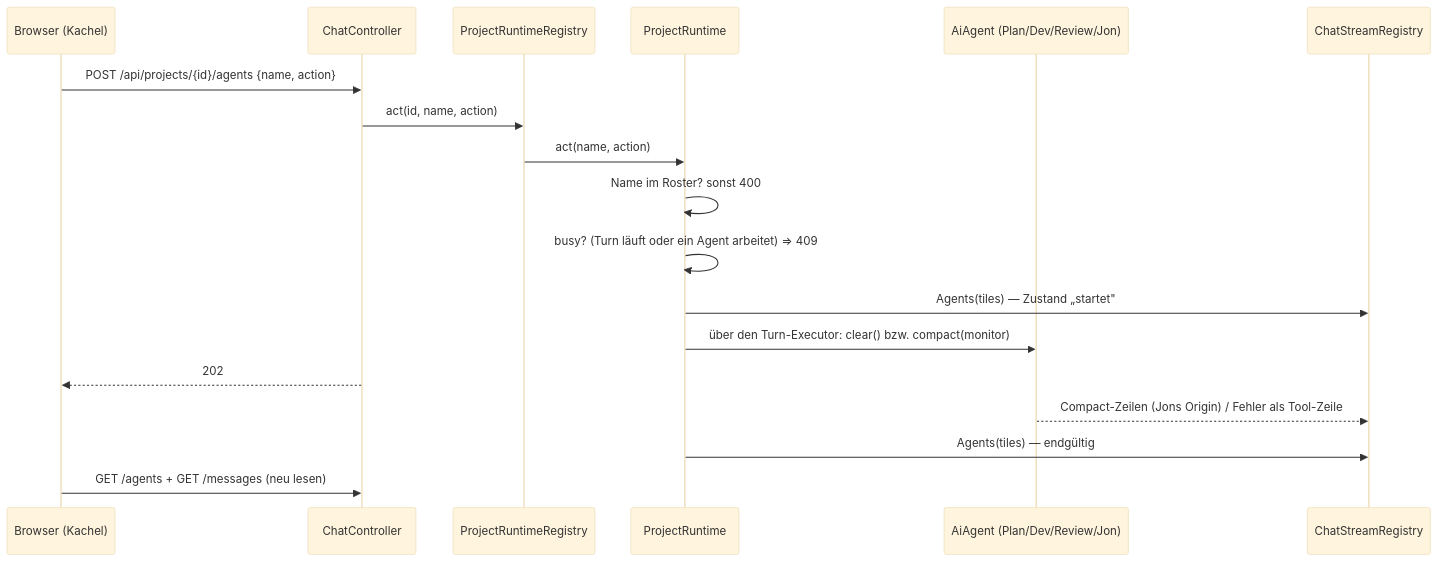
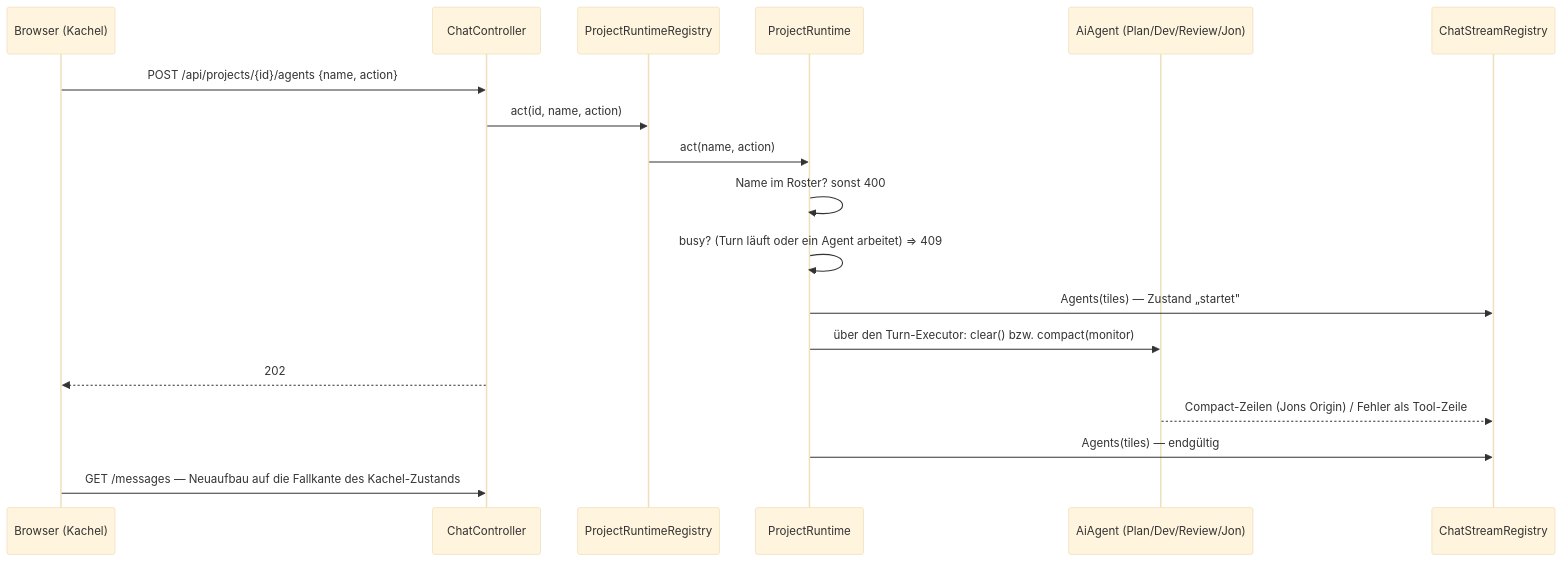
Before and after one commit to sterlp/eclipse-peon-ai: the fifth of 7 diagrams in aifactory/docs/aifactory-architektur.md, drawn with Mermaid (base theme). The commit also changed other lines of this file and 10 other files, not shown here.

````diff
--- a/aifactory/docs/aifactory-architektur.md
+++ b/aifactory/docs/aifactory-architektur.md
@@ -154,20 +157,20 @@
 ```mermaid
 sequenceDiagram
   participant U as Browser (Kachel)
   participant C as ChatController
   participant R as ProjectRuntimeRegistry
   participant P as ProjectRuntime
   participant A as AiAgent (Plan/Dev/Review/Jon)
   participant S as ChatStreamRegistry
   U->>C: POST /api/projects/{id}/agents {name, action}
   C->>R: act(id, name, action)
   R->>P: act(name, action)
   P->>P: Name im Roster? sonst 400
   P->>P: busy? (Turn läuft oder ein Agent arbeitet) ⇒ 409
   P->>S: Agents(tiles) — Zustand „startet"
   P->>A: über den Turn-Executor: clear() bzw. compact(monitor)
   C-->>U: 202
   A-->>S: Compact-Zeilen (Jons Origin) / Fehler als Tool-Zeile
   P->>S: Agents(tiles) — endgültig
-  U->>C: GET /agents + GET /messages (neu lesen)
+  U->>C: GET /messages — Neuaufbau auf die Fallkante des Kachel-Zustands
 ```
````
